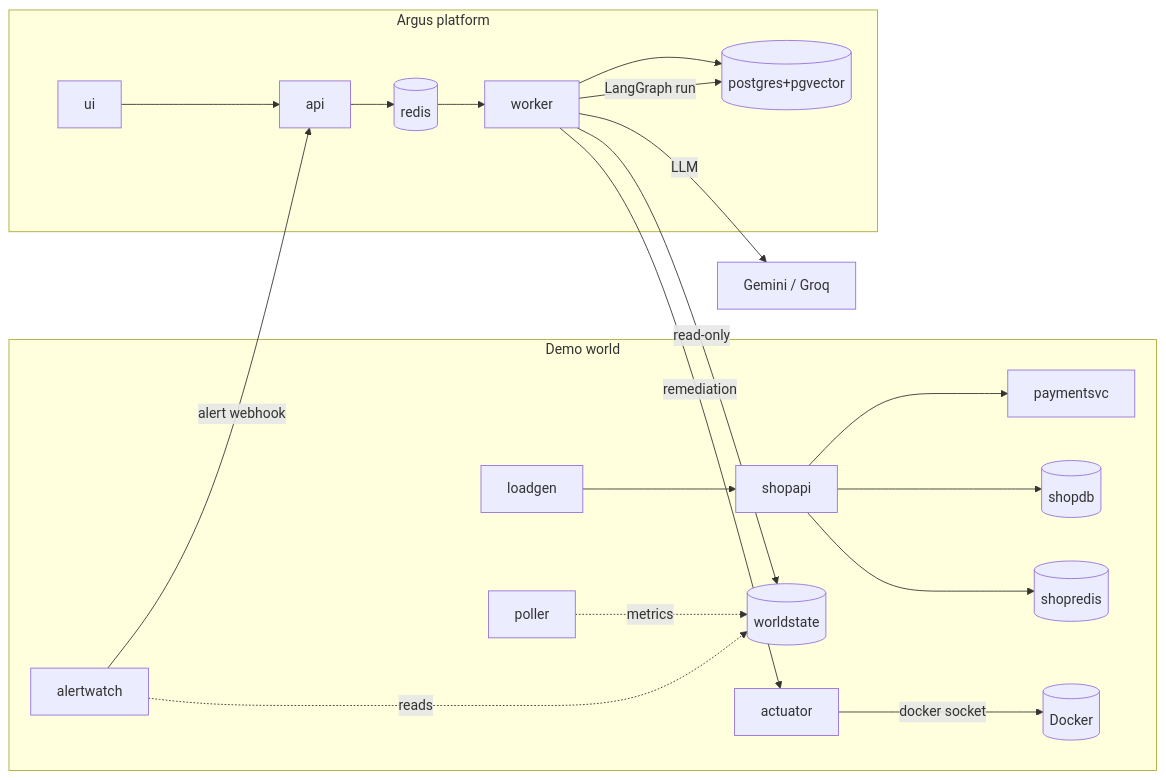
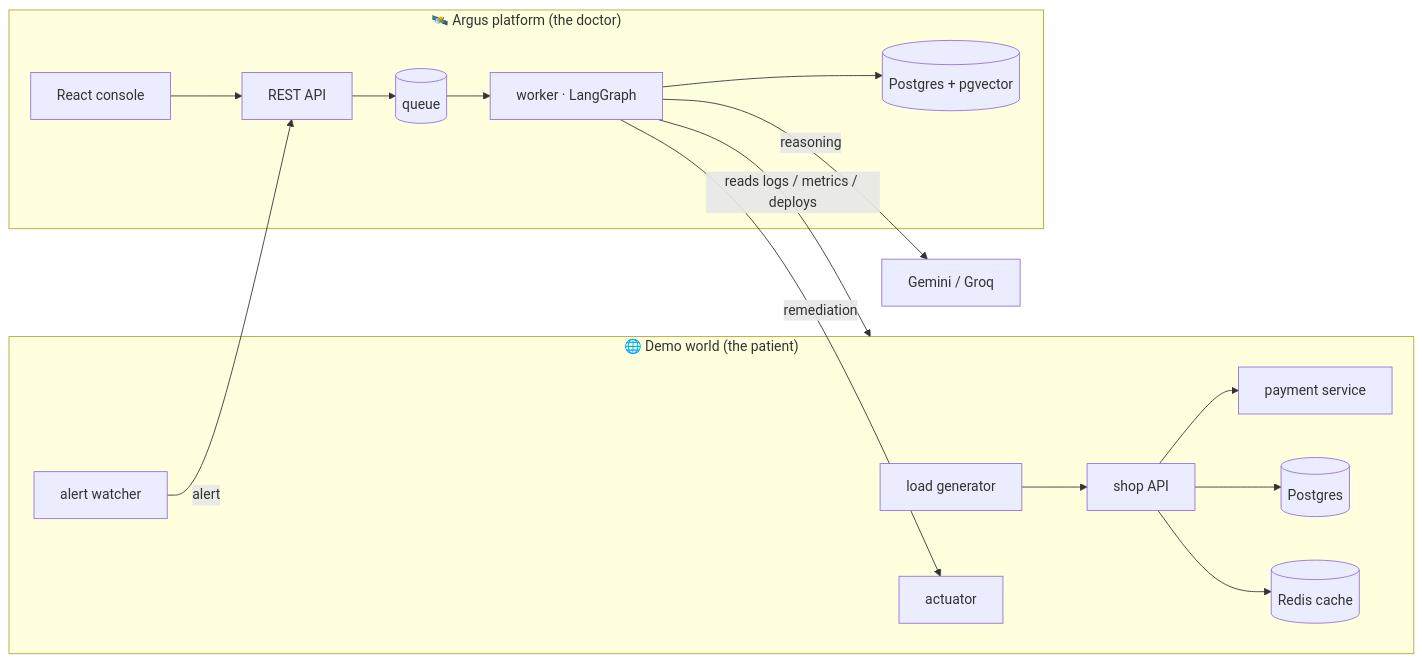
The diagram in README.md (Meetbarasara/argus), drawn with Mermaid before and after one commit. The commit also changed other lines of this file, not shown here.

````diff
--- a/README.md
+++ b/README.md
@@ -27,22 +64,20 @@
 ```mermaid
 flowchart LR
-  subgraph WORLD["Demo world"]
-    LG[loadgen] --> SA[shopapi]
-    SA --> PS[paymentsvc]
-    SA --> SDB[(shopdb)]
-    SA --> SR[(shopredis)]
-    TP[poller] -. metrics .-> WS[(worldstate)]
-    AW[alertwatch] -. reads .-> WS
-    ACT[actuator] -- docker socket --> DK[(Docker)]
+  subgraph WORLD["🌐 Demo world (the patient)"]
+    LG[load generator] --> SA[shop API]
+    SA --> PS[payment service]
+    SA --> DB[(Postgres)]
+    SA --> RC[(Redis cache)]
+    AW[alert watcher]
+    ACT[actuator]
   end
-  subgraph PLATFORM["Argus platform"]
-    API[api] --> RD[(redis)] --> WK[worker]
-    WK --> PG[(postgres+pgvector)]
-    UI[ui] --> API
+  subgraph ARGUS["🛰️ Argus platform (the doctor)"]
+    API[REST API] --> Q[(queue)] --> WK[worker · LangGraph]
+    WK --> PG[(Postgres + pgvector)]
+    UI[React console] --> API
   end
-  AW -- alert webhook --> API
-  WK -- LangGraph run --> PG
-  WK -- read-only --> WS
+  AW -- alert --> API
+  WK -- reads logs / metrics / deploys --> WORLD
   WK -- remediation --> ACT
-  WK -- LLM --> EXT[Gemini / Groq]
+  WK -- reasoning --> LLM[Gemini / Groq]
 ```
````
